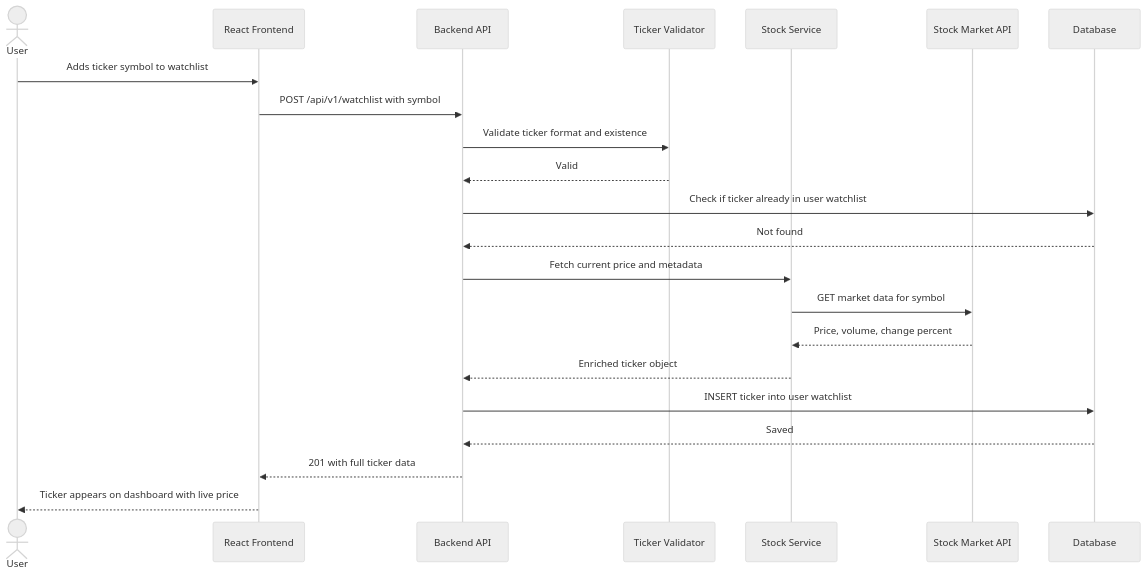
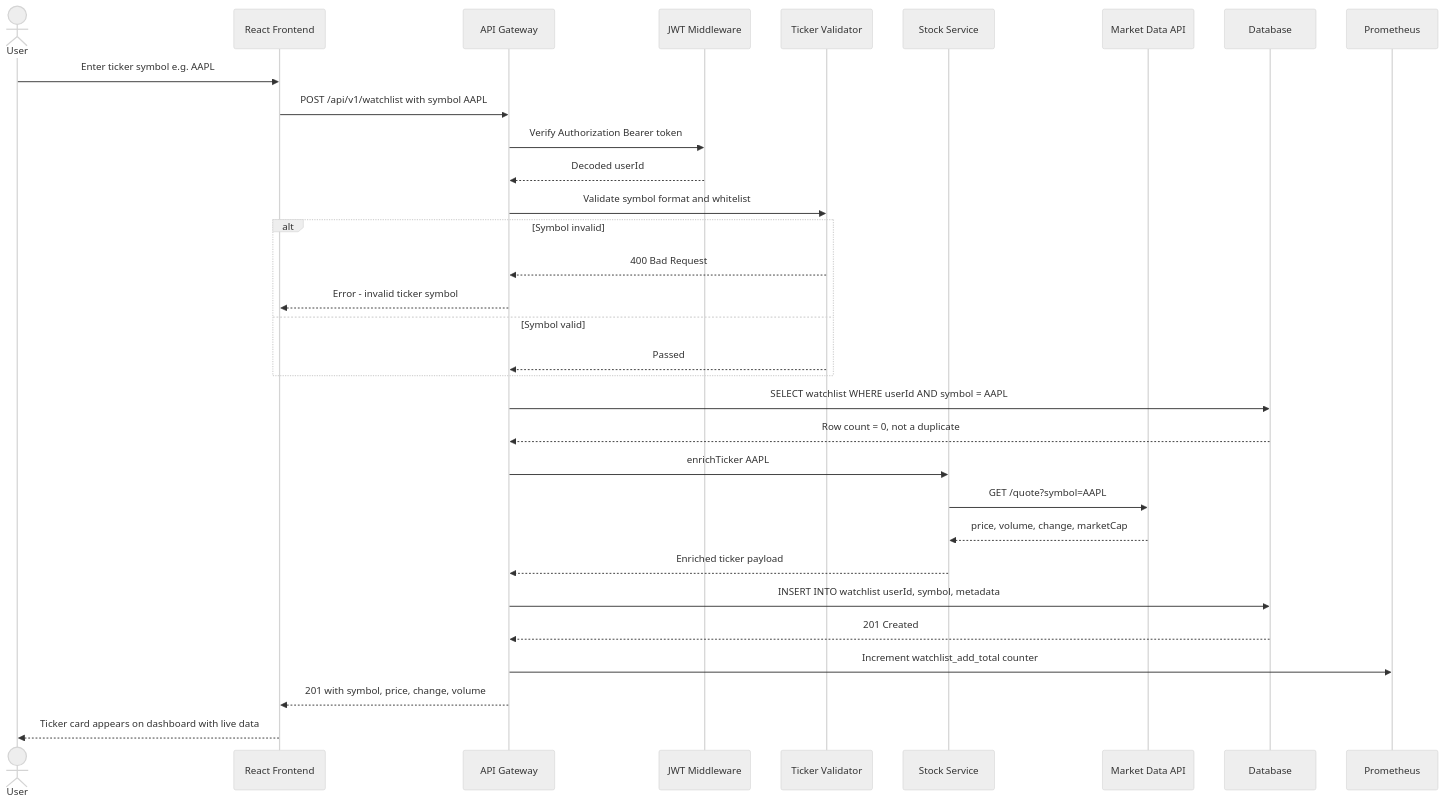
Before and after one commit to ALTIQUUM/Vaultlink: the second of 3 diagrams in README.md, drawn with Mermaid (neutral theme). The commit also changed other lines of this file, not shown here.

First line of the commit message:
Revise architecture and CI/CD diagrams in README

````diff
--- a/README.md
+++ b/README.md
@@ -109,29 +107,40 @@
 ```mermaid
 sequenceDiagram
     actor User
     participant FE as React Frontend
-    participant API as Backend API
+    participant GW as API Gateway
+    participant AUTH as JWT Middleware
     participant VAL as Ticker Validator
     participant SVC as Stock Service
-    participant EXT as Stock Market API
+    participant EXT as Market Data API
     participant DB as Database
+    participant PROM as Prometheus
 
-    User->>FE: Adds ticker symbol to watchlist
-    FE->>API: POST /api/v1/watchlist with symbol
-    API->>VAL: Validate ticker format and existence
-    VAL-->>API: Valid
+    User->>FE: Enter ticker symbol e.g. AAPL
+    FE->>GW: POST /api/v1/watchlist with symbol AAPL
+    GW->>AUTH: Verify Authorization Bearer token
+    AUTH-->>GW: Decoded userId
 
-    API->>DB: Check if ticker already in user watchlist
-    DB-->>API: Not found
+    GW->>VAL: Validate symbol format and whitelist
+    alt Symbol invalid
+        VAL-->>GW: 400 Bad Request
+        GW-->>FE: Error - invalid ticker symbol
+    else Symbol valid
+        VAL-->>GW: Passed
+    end
 
-    API->>SVC: Fetch current price and metadata
-    SVC->>EXT: GET market data for symbol
-    EXT-->>SVC: Price, volume, change percent
-    SVC-->>API: Enriched ticker object
+    GW->>DB: SELECT watchlist WHERE userId AND symbol = AAPL
+    DB-->>GW: Row count = 0, not a duplicate
 
-    API->>DB: INSERT ticker into user watchlist
-    DB-->>API: Saved
+    GW->>SVC: enrichTicker AAPL
+    SVC->>EXT: GET /quote?symbol=AAPL
+    EXT-->>SVC: price, volume, change, marketCap
+    SVC-->>GW: Enriched ticker payload
 
-    API-->>FE: 201 with full ticker data
-    FE-->>User: Ticker appears on dashboard with live price
+    GW->>DB: INSERT INTO watchlist userId, symbol, metadata
+    DB-->>GW: 201 Created
+
+    GW->>PROM: Increment watchlist_add_total counter
+    GW-->>FE: 201 with symbol, price, change, volume
+    FE-->>User: Ticker card appears on dashboard with live data
 ```
````
